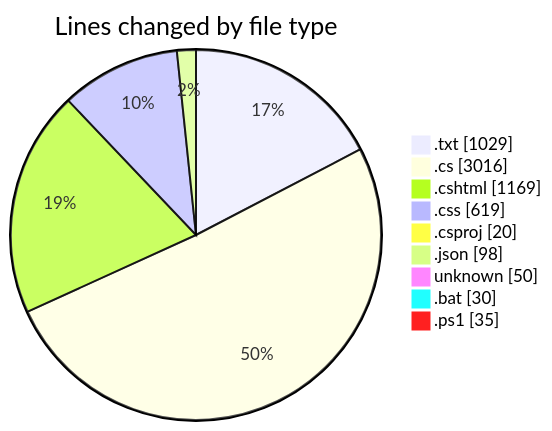
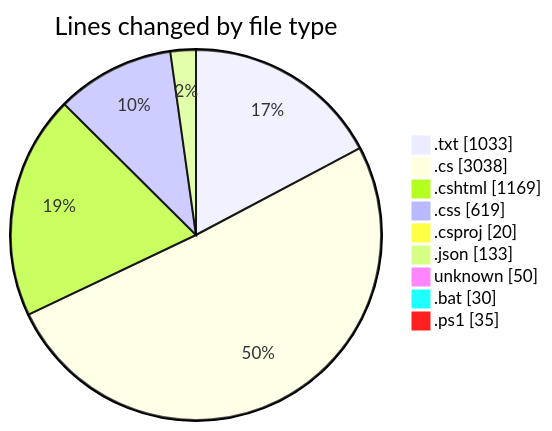
The first of 2 diagrams in 2025-07-26/quanlyrapchieuphim-1/README.md (lephambinh05/code-tracking), drawn with Mermaid before and after one commit. The commit also changed other lines of this file and 1 other file, not shown here.

````diff
--- a/2025-07-26/quanlyrapchieuphim-1/README.md
+++ b/2025-07-26/quanlyrapchieuphim-1/README.md
@@ -37,13 +37,13 @@
 ```mermaid
 pie showData
 title Lines changed by file type
-".txt" : 1029
-".cs" : 3016
+".txt" : 1033
+".cs" : 3038
 ".cshtml" : 1169
 ".css" : 619
 ".csproj" : 20
-".json" : 98
+".json" : 133
 "unknown" : 50
 ".bat" : 30
 ".ps1" : 35
 ```
````
